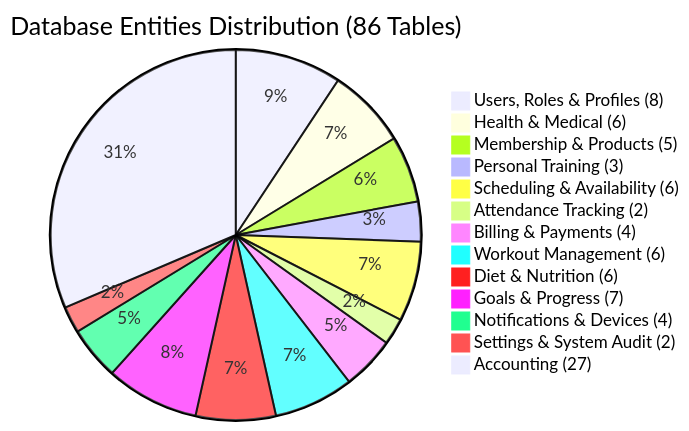
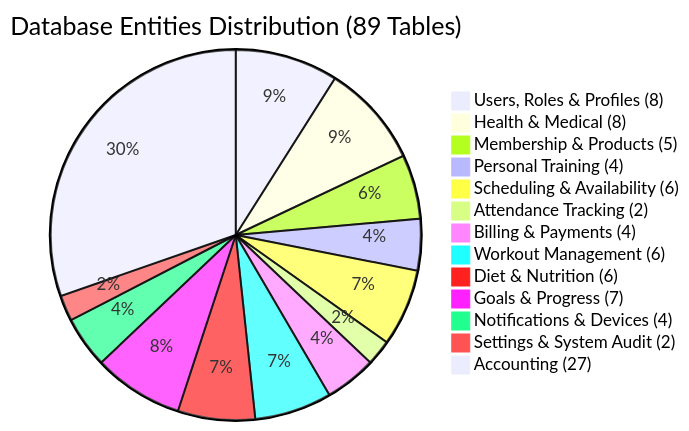
One commit to shabibmr/luxeknox changed the diagram in docs/database-entities.md. Above: the diagram before and after it, drawn with Mermaid. The commit also changed other lines of this file and 2 other files, not shown here.

First line of the commit message:
docs: document PT client file entities and requirements (PTF-20)

````diff
--- a/docs/database-entities.md
+++ b/docs/database-entities.md
@@ -22,16 +22,16 @@
 ```mermaid
-pie title Database Entities Distribution (86 Tables)
+pie title Database Entities Distribution (89 Tables)
     "Users, Roles & Profiles (8)" : 8
-    "Health & Medical (6)" : 6
+    "Health & Medical (8)" : 8
     "Membership & Products (5)" : 5
-    "Personal Training (3)" : 3
+    "Personal Training (4)" : 4
     "Scheduling & Availability (6)" : 6
     "Attendance Tracking (2)" : 2
     "Billing & Payments (4)" : 4
     "Workout Management (6)" : 6
     "Diet & Nutrition (6)" : 6
     "Goals & Progress (7)" : 7
     "Notifications & Devices (4)" : 4
     "Settings & System Audit (2)" : 2
     "Accounting (27)" : 27
 ```
````
